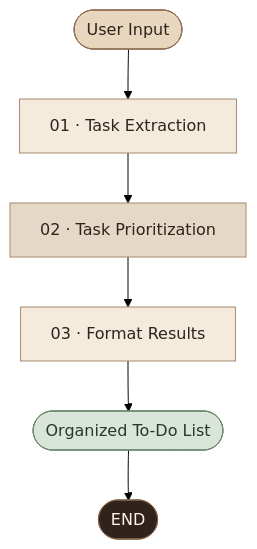
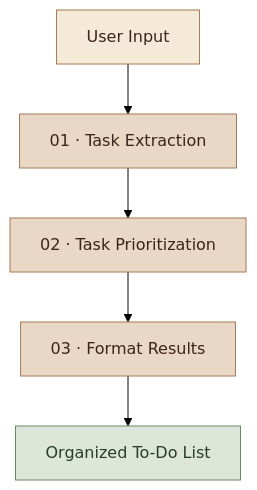
One commit to haniaeman2026-pixel/IntelliTask-AI changed the diagram in README.md. Above: the diagram before and after it, drawn with Mermaid (forest theme). The commit also changed other lines of this file, not shown here.

````diff
--- a/README.md
+++ b/README.md
@@ -69,15 +36,12 @@
 ```mermaid
 flowchart TD
-    A(["User Input"]) --> B["01 · Task Extraction"]
+    A["User Input"] --> B["01 · Task Extraction"]
     B --> C["02 · Task Prioritization"]
     C --> D["03 · Format Results"]
-    D --> E(["Organized To-Do List"])
-    E --> F(["END"])
-
-    style A fill:#E8D6BE,stroke:#8C6B4F,color:#30231C
-    style B fill:#F4EBDD,stroke:#A58A6D,color:#30231C
-    style C fill:#E6D8C6,stroke:#A58A6D,color:#30231C
-    style D fill:#F4EBDD,stroke:#A58A6D,color:#30231C
-    style E fill:#D8E5D8,stroke:#69856B,color:#243A27
-    style F fill:#30231C,stroke:#80664F,color:#FFF5E8
+    D --> E["Organized To-Do List"]
+    style A fill:#F5E9D8,stroke:#A47B55,color:#3B2419
+    style B fill:#E9D8C5,stroke:#A47B55,color:#3B2419
+    style C fill:#E9D8C5,stroke:#A47B55,color:#3B2419
+    style D fill:#E9D8C5,stroke:#A47B55,color:#3B2419
+    style E fill:#DDE7D9,stroke:#6D8668,color:#263D28
 ```
````
